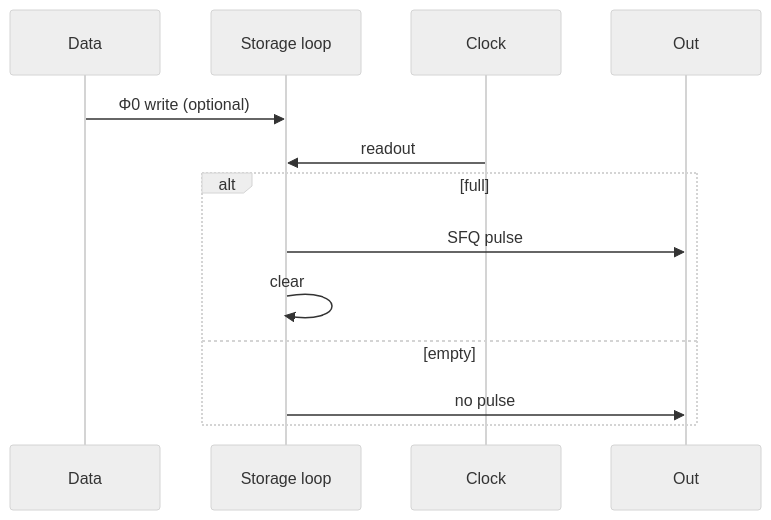
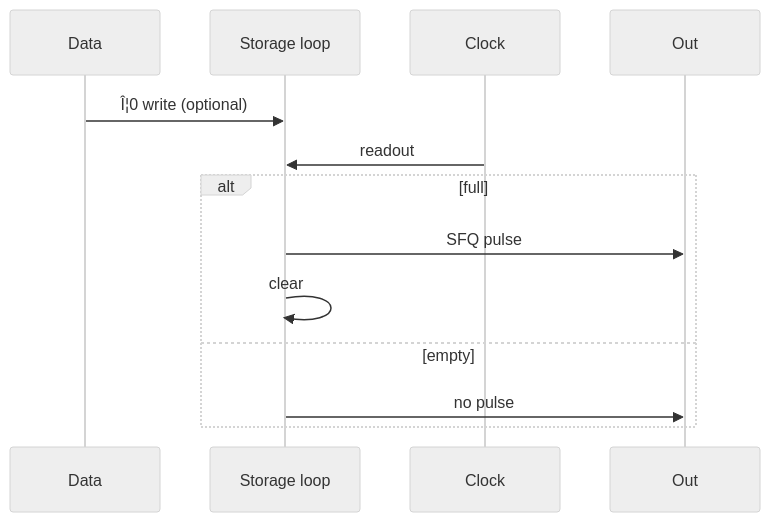
One commit to Single-Flux-Quantum/sfq-learn-public changed the second of 2 diagrams in docs/concepts/rsfq-dff-and-retiming.md. Above: the diagram before and after it, drawn with Mermaid (neutral theme). The commit also changed other lines of this file and 41 other files, not shown here.

````diff
--- a/docs/concepts/rsfq-dff-and-retiming.md
+++ b/docs/concepts/rsfq-dff-and-retiming.md
@@ -73,15 +73,15 @@
 ```mermaid
 sequenceDiagram
   participant D as Data
   participant L as Storage loop
   participant K as Clock
   participant O as Out
-  D->>L: Φ0 write (optional)
+  D->>L: Î¦0 write (optional)
   K->>L: readout
   alt full
     L->>O: SFQ pulse
     L->>L: clear
   else empty
     L->>O: no pulse
   end
 ```
````
